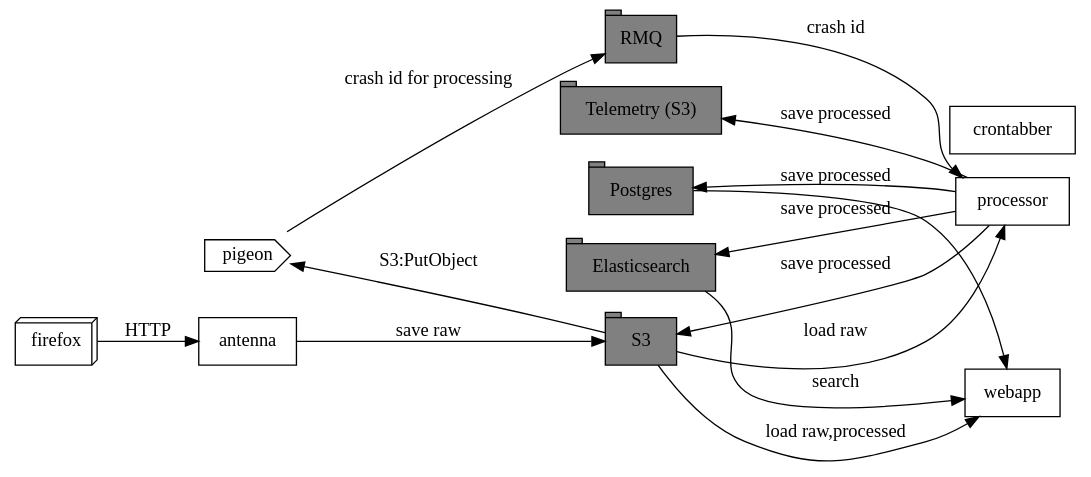
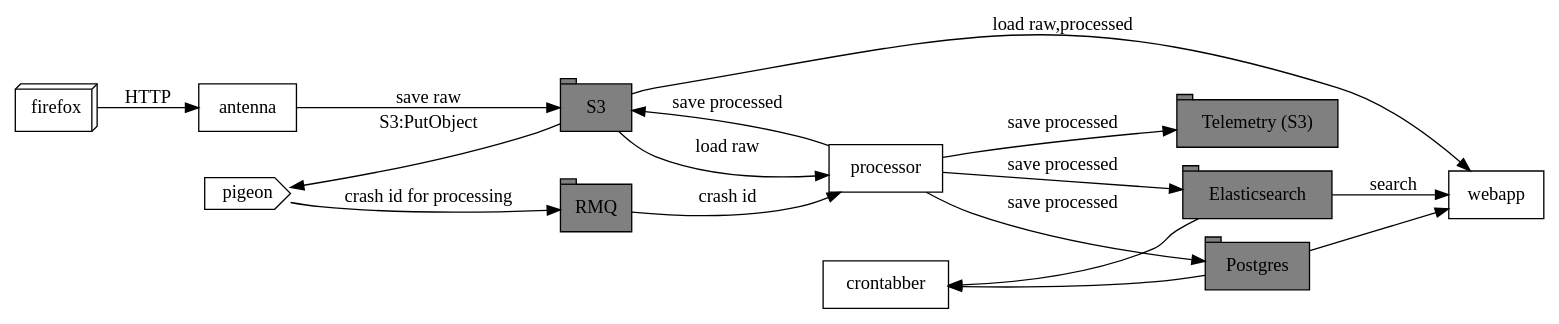
One commit to mozilla-services/socorro changed the diagram in docs/gettingstarted.rst. Above: the diagram before and after it, drawn with Graphviz.

Commit message:
Fix grouping so the arrows aren't incomprehensible

```diff
--- a/docs/gettingstarted.rst
+++ b/docs/gettingstarted.rst
@@ -245,49 +245,55 @@
 .. graphviz::
 
    digraph G {
       rankdir=LR;
 
       client [shape=box3d, label="firefox"];
 
       subgraph antpig {
          rank=same;
 
          antenna [shape=rect, label="antenna"];
          pigeon [shape=cds, label="pigeon"];
       }
 
       subgraph stores {
          rank=same;
 
-         aws [shape=tab, label="S3", style=filled, fillcolor=gray];
          postgres [shape=tab, label="Postgres", style=filled, fillcolor=gray];
          elasticsearch [shape=tab, label="Elasticsearch", style=filled, fillcolor=gray];
          telemetry [shape=tab, label="Telemetry (S3)", style=filled, fillcolor=gray];
+      }
+
+      subgraph stores2 {
          rabbitmq [shape=tab, label="RMQ", style=filled, fillcolor=gray];
+         aws [shape=tab, label="S3", style=filled, fillcolor=gray];
       }
 
       subgraph processing {
          rank=same;
 
          processor [shape=rect, label="processor"];
          crontabber [shape=rect, label="crontabber"];
       }
 
       webapp [shape=rect, label="webapp"];
 
       client -> antenna [label="HTTP"];
       antenna -> aws [label="save raw"];
 
       aws -> pigeon [label="S3:PutObject"];
       pigeon -> rabbitmq [label="crash id for processing"];
 
       rabbitmq -> processor [label="crash id"];
       aws -> processor [label="load raw"];
       processor -> { aws, postgres, elasticsearch, telemetry } [label="save processed"];
 
       postgres -> webapp;
       aws -> webapp [label="load raw,processed"];
       elasticsearch -> webapp [label="search"];
 
+      postgres -> crontabber;
+      elasticsearch -> crontabber;
+
       { rank=min; client; }
    }
```
